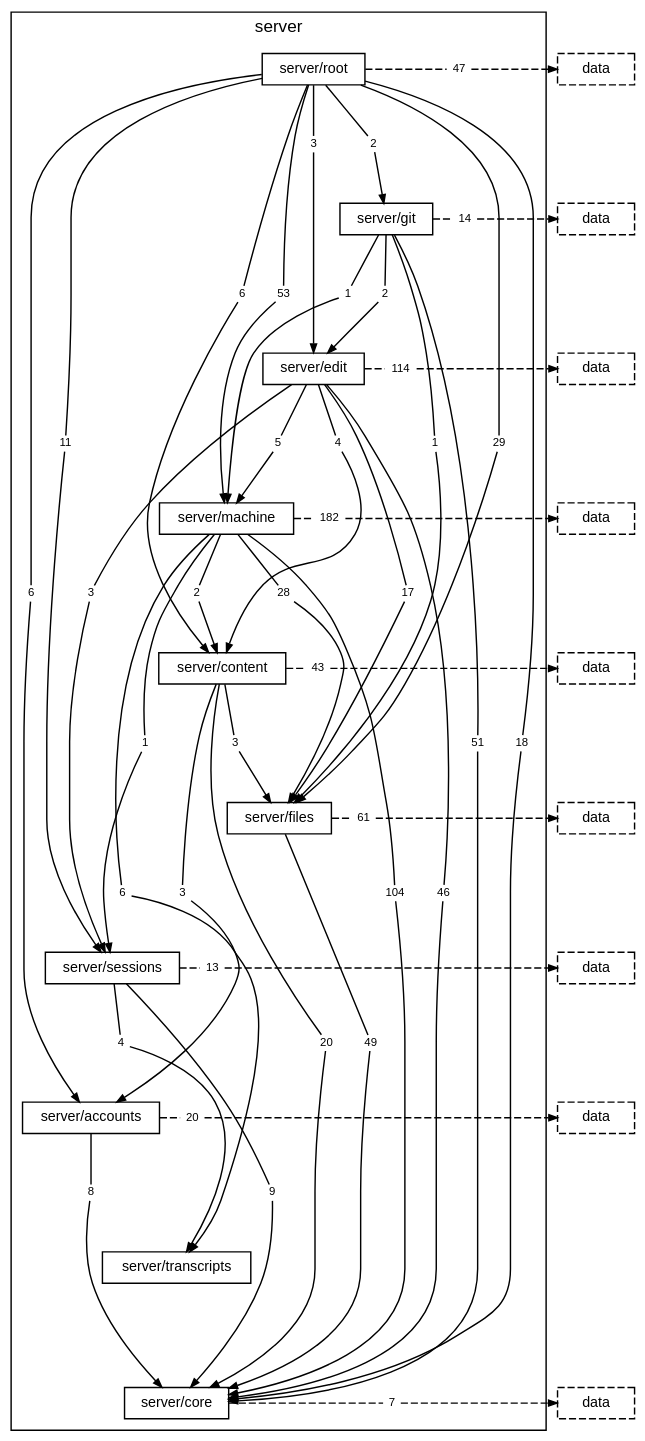
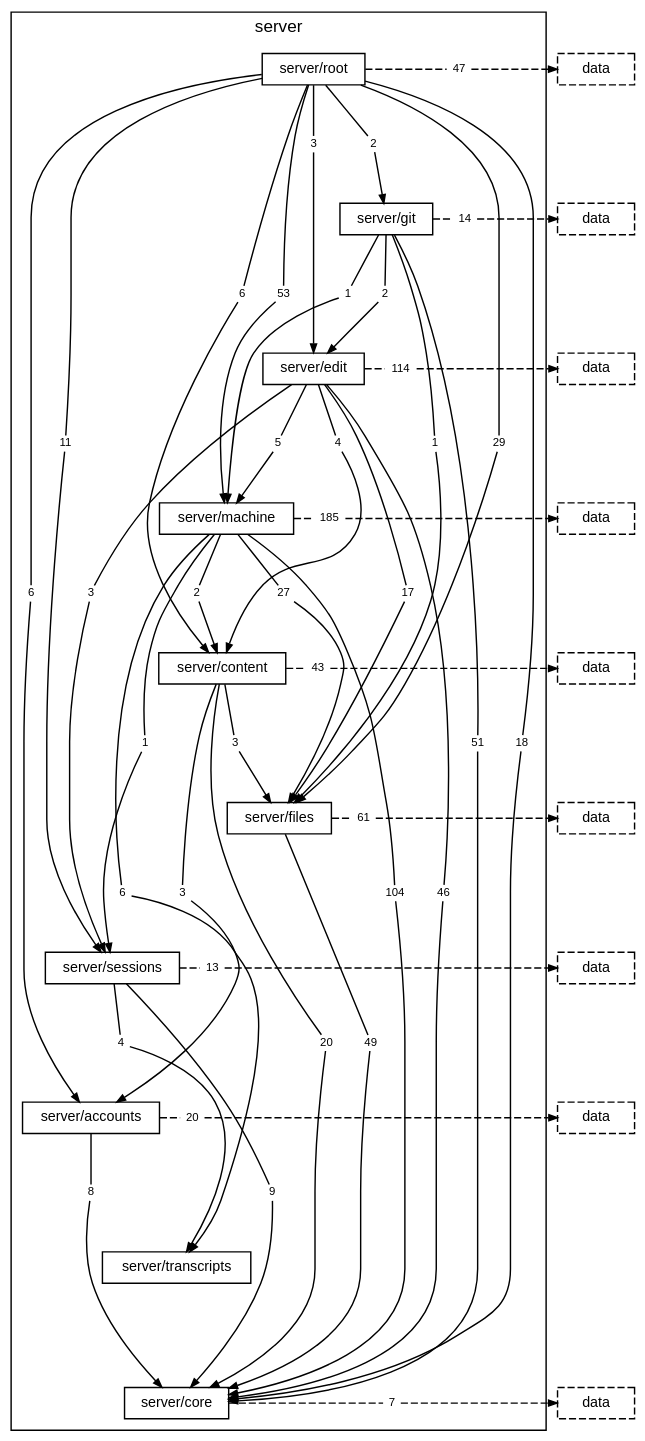
One commit to TheAxeC/oculus changed the diagram in docs/diagrams/layer-server.dot. Above: the diagram before and after it, drawn with Graphviz. The commit also changed 26 other files, not shown here.

```diff
--- a/docs/diagrams/layer-server.dot
+++ b/docs/diagrams/layer-server.dot
@@ -36,10 +36,10 @@
         "folder server/edit to layer data" [label="114", shape=box, color="transparent", fontsize=8, width=0, height=0, margin="0.04,0.02"];
         "folder server/machine to folder server/content" [label="2", shape=box, color="transparent", fontsize=8, width=0, height=0, margin="0.04,0.02"];
         "folder server/machine to folder server/core" [label="104", shape=box, color="transparent", fontsize=8, width=0, height=0, margin="0.04,0.02"];
-        "folder server/machine to folder server/files" [label="28", shape=box, color="transparent", fontsize=8, width=0, height=0, margin="0.04,0.02"];
+        "folder server/machine to folder server/files" [label="27", shape=box, color="transparent", fontsize=8, width=0, height=0, margin="0.04,0.02"];
         "folder server/machine to folder server/sessions" [label="1", shape=box, color="transparent", fontsize=8, width=0, height=0, margin="0.04,0.02"];
         "folder server/machine to folder server/transcripts" [label="6", shape=box, color="transparent", fontsize=8, width=0, height=0, margin="0.04,0.02"];
-        "folder server/machine to layer data" [label="182", shape=box, color="transparent", fontsize=8, width=0, height=0, margin="0.04,0.02"];
+        "folder server/machine to layer data" [label="185", shape=box, color="transparent", fontsize=8, width=0, height=0, margin="0.04,0.02"];
         "folder server/content to folder server/accounts" [label="3", shape=box, color="transparent", fontsize=8, width=0, height=0, margin="0.04,0.02"];
         "folder server/content to folder server/core" [label="20", shape=box, color="transparent", fontsize=8, width=0, height=0, margin="0.04,0.02"];
         "folder server/content to folder server/files" [label="3", shape=box, color="transparent", fontsize=8, width=0, height=0, margin="0.04,0.02"];
```
